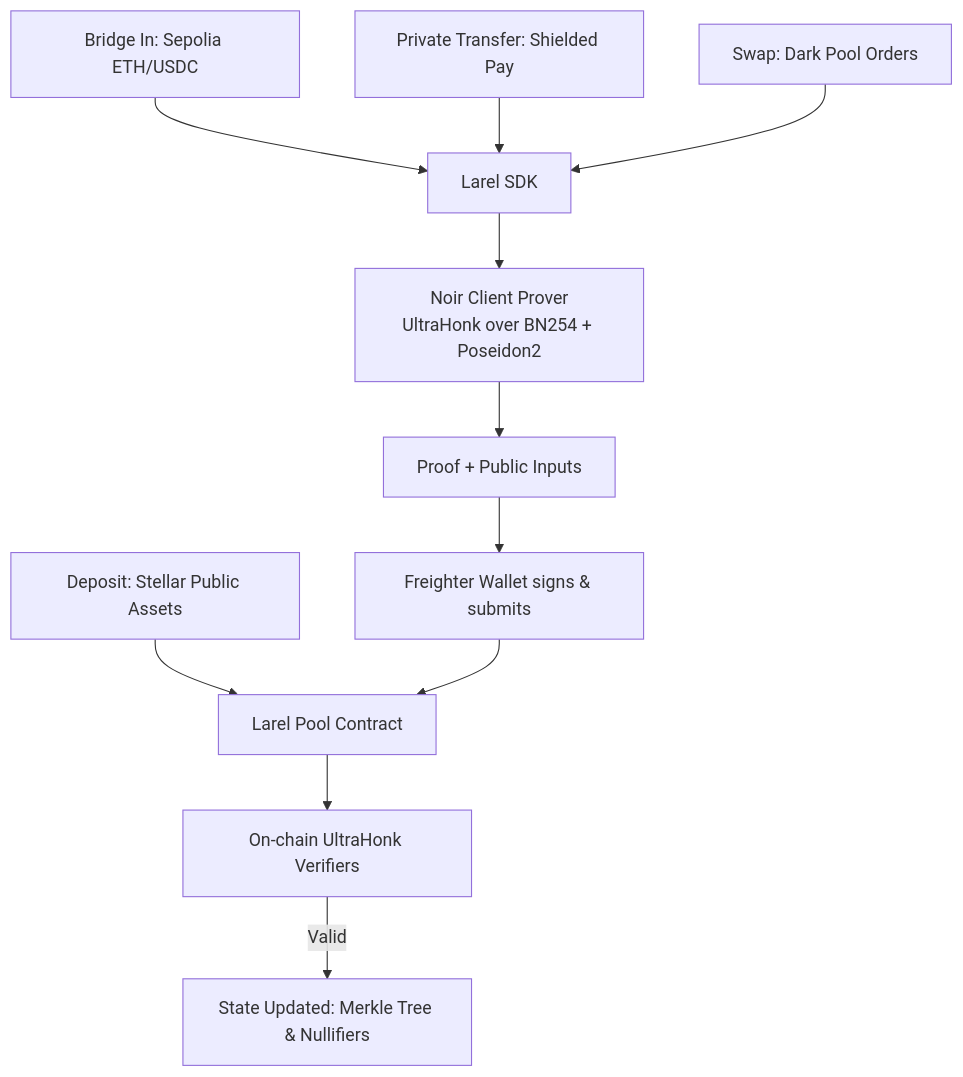
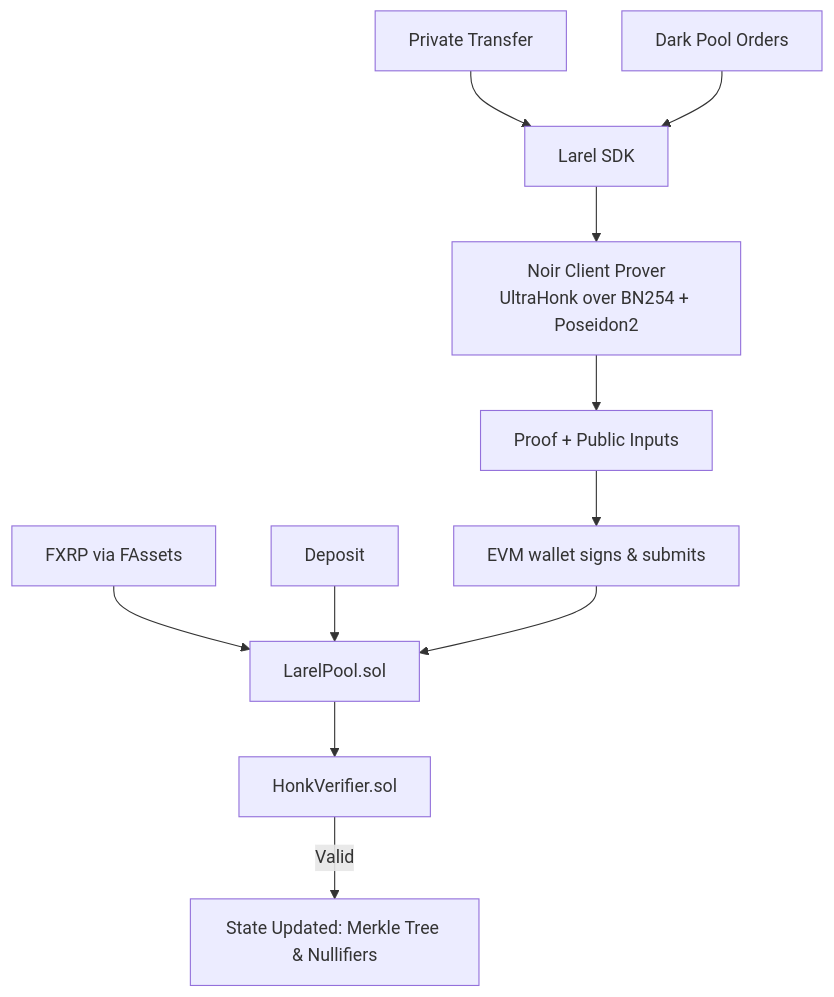
One commit to maulana-tech/larel-main changed the second of 2 diagrams in README.md. Above: the diagram before and after it, drawn with Mermaid. The commit also changed other lines of this file, not shown here.

````diff
--- a/README.md
+++ b/README.md
@@ -196,16 +241,16 @@
 ```mermaid
 graph TD
-    BI[Bridge In: Sepolia ETH/USDC] --> SDK[Larel SDK]
-    DEP[Deposit: Stellar Public Assets] --> POOL[Larel Pool Contract]
-    PAY[Private Transfer: Shielded Pay] --> SDK
-    SWAP[Swap: Dark Pool Orders] --> SDK
+    FXRP[FXRP via FAssets] --> POOL[LarelPool.sol]
+    DEP[Deposit] --> POOL
+    PAY[Private Transfer] --> SDK[Larel SDK]
+    SWAP[Dark Pool Orders] --> SDK
 
     SDK --> PROVE[Noir Client Prover<br/>UltraHonk over BN254 + Poseidon2]
     PROVE --> PREP[Proof + Public Inputs]
 
-    PREP --> SUBMIT[Freighter Wallet signs & submits]
+    PREP --> SUBMIT[EVM wallet signs & submits]
     SUBMIT --> POOL
 
-    POOL --> VERIFY[On-chain UltraHonk Verifiers]
+    POOL --> VERIFY[HonkVerifier.sol]
     VERIFY -->|Valid| STATE[State Updated: Merkle Tree & Nullifiers]
 ```
````
